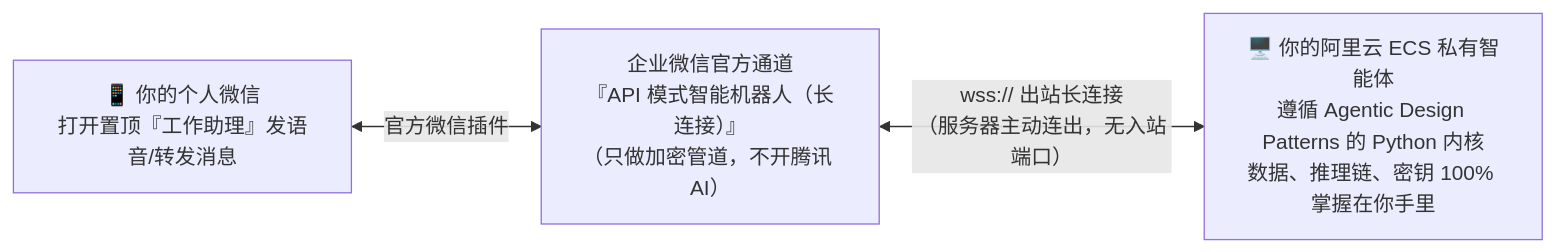
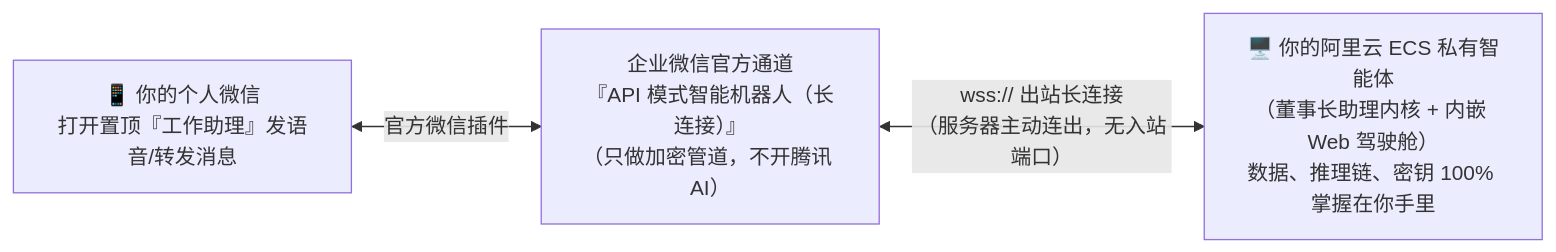
The diagram in wechat_AI_assistant/docs/01-需求定义与日常场景.md (JohnWissentek/agentic_learning), drawn with Mermaid before and after one commit. The commit also changed other lines of this file and 4 other files, not shown here.

````diff
--- a/wechat_AI_assistant/docs/01-需求定义与日常场景.md
+++ b/wechat_AI_assistant/docs/01-需求定义与日常场景.md
@@ -30,5 +31,5 @@
 ```mermaid
 flowchart LR
     U["📱 你的个人微信<br/>打开置顶『工作助理』发语音/转发消息"] <-->|"官方微信插件"| WC["企业微信官方通道<br/>『API 模式智能机器人（长连接）』<br/>（只做加密管道，不开腾讯 AI）"]
-    WC <-->|"wss:// 出站长连接<br/>（服务器主动连出，无入站端口）"| ECS["🖥️ 你的阿里云 ECS 私有智能体<br/>遵循 Agentic Design Patterns 的 Python 内核<br/>数据、推理链、密钥 100% 掌握在你手里"]
+    WC <-->|"wss:// 出站长连接<br/>（服务器主动连出，无入站端口）"| ECS["🖥️ 你的阿里云 ECS 私有智能体<br/>（董事长助理内核 + 内嵌 Web 驾驶舱）<br/>数据、推理链、密钥 100% 掌握在你手里"]
 ```
````
